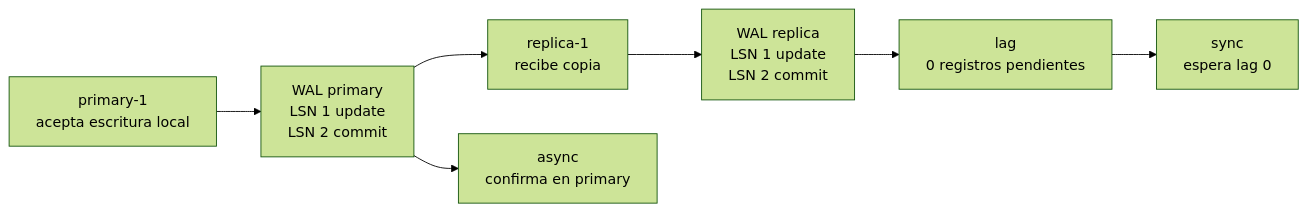
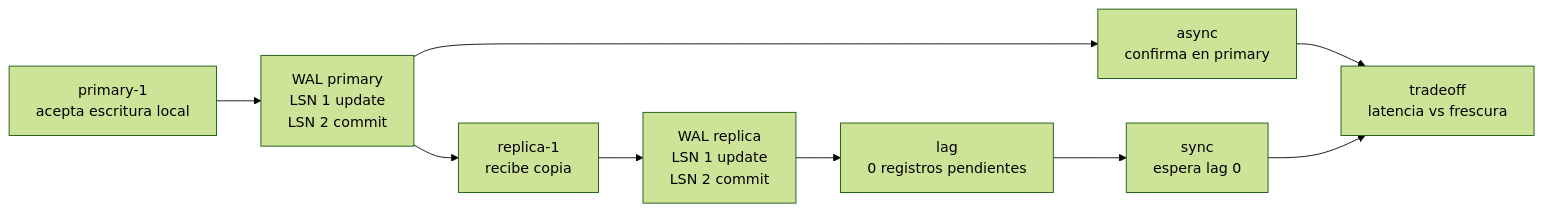
Before and after one commit to jeresoftx/rust-database-internals: the diagram in docs/09-replicacion.md, drawn with Mermaid (forest theme). The commit also changed other lines of this file and 4 other files, not shown here.

````diff
--- a/docs/09-replicacion.md
+++ b/docs/09-replicacion.md
@@ -94,17 +102,20 @@
 ```mermaid
 flowchart LR
     P["primary-1<br/>acepta escritura local"]
     W["WAL primary<br/>LSN 1 update<br/>LSN 2 commit"]
     R["replica-1<br/>recibe copia"]
     RW["WAL replica<br/>LSN 1 update<br/>LSN 2 commit"]
     L["lag<br/>0 registros pendientes"]
     A["async<br/>confirma en primary"]
     S["sync<br/>espera lag 0"]
+    C["tradeoff<br/>latencia vs frescura"]
 
     P --> W
     W --> R
     R --> RW
     RW --> L
     W --> A
     L --> S
+    A --> C
+    S --> C
 ```
````
